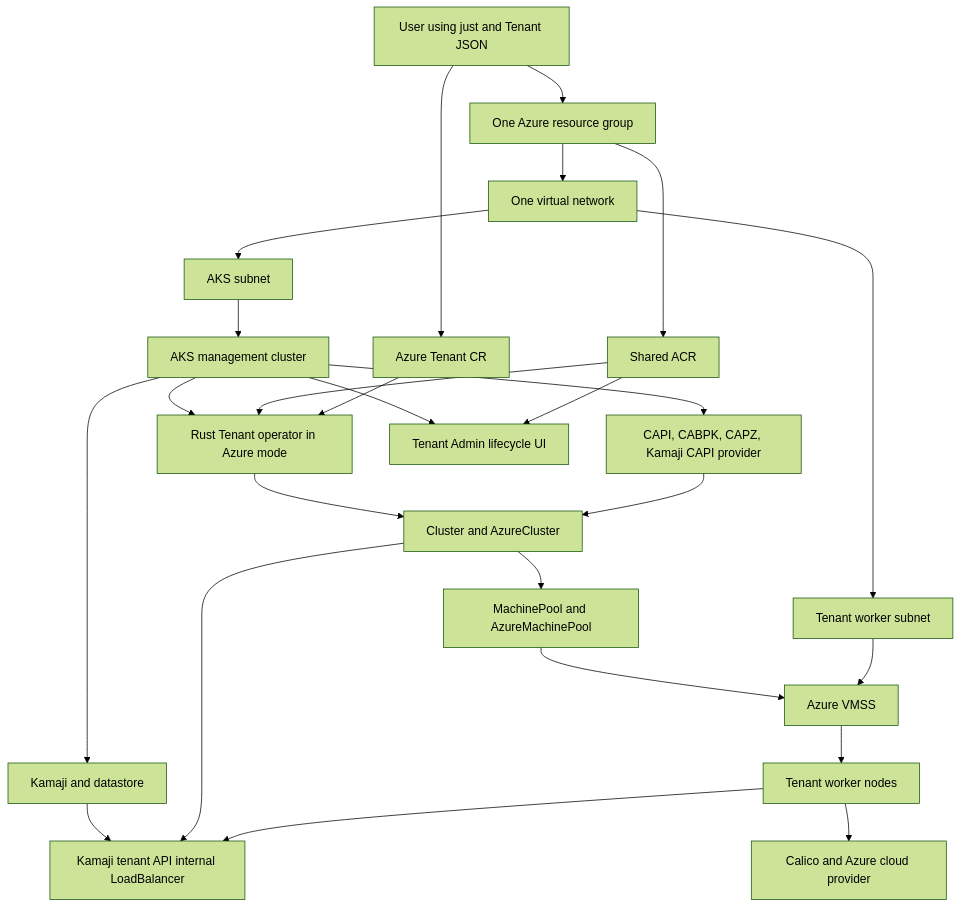
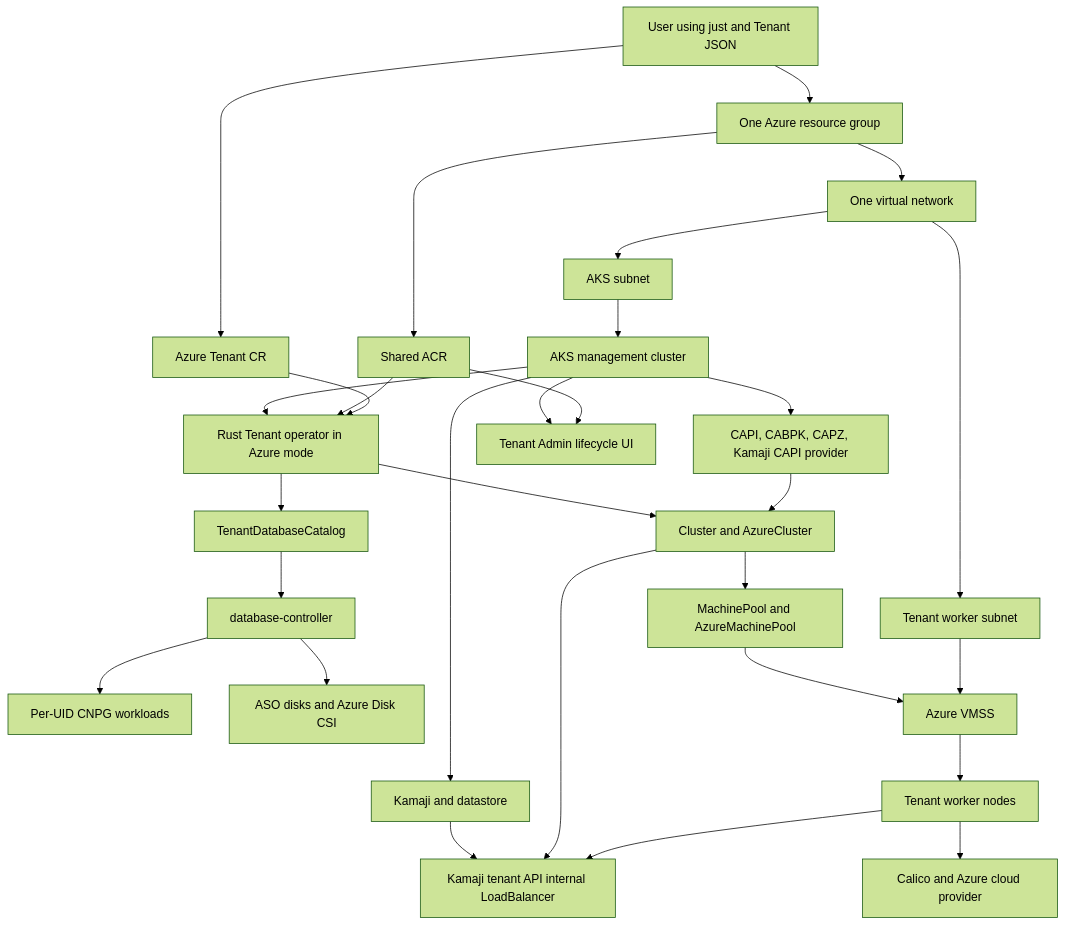
One commit to youyuanwu/cnpg-vcluster changed the diagram in capi/docs/azure-experiment-design.md. Above: the diagram before and after it, drawn with Mermaid (forest theme). The commit also changed other lines of this file and 157 other files, not shown here.

First line of the commit message:
[Multi-Cluster PostgreSQL] Add independently managed Tenant database catalogs (#34)

````diff
--- a/capi/docs/azure-experiment-design.md
+++ b/capi/docs/azure-experiment-design.md
@@ -83,46 +94,52 @@
 ```mermaid
 flowchart TB
   User[User using just and Tenant JSON]
   AzureRG[One Azure resource group]
   VNet[One virtual network]
   AKSSubnet[AKS subnet]
   TenantSubnet[Tenant worker subnet]
   AKS[AKS management cluster]
   ACR[Shared ACR]
   Controllers[CAPI, CABPK, CAPZ, Kamaji CAPI provider]
   TenantOperator[Rust Tenant operator in Azure mode]
   Admin[Tenant Admin lifecycle UI]
   TenantCR[Azure Tenant CR]
+  Catalog[TenantDatabaseCatalog]
+  DatabaseController[database-controller]
+  CNPG[Per-UID CNPG workloads]
+  Disks[ASO disks and Azure Disk CSI]
   Kamaji[Kamaji and datastore]
   TenantAPI[Kamaji tenant API internal LoadBalancer]
   Cluster[Cluster and AzureCluster]
   Pool[MachinePool and AzureMachinePool]
   VMSS[Azure VMSS]
   Workers[Tenant worker nodes]
   Addons[Calico and Azure cloud provider]
 
   User --> TenantCR
   User --> AzureRG
   AzureRG --> VNet
   AzureRG --> ACR
   VNet --> AKSSubnet
   VNet --> TenantSubnet
   AKSSubnet --> AKS
   AKS --> Controllers
   AKS --> TenantOperator
   AKS --> Admin
   ACR --> TenantOperator
   ACR --> Admin
   TenantCR --> TenantOperator
+  TenantOperator --> Catalog --> DatabaseController --> CNPG
+  DatabaseController --> Disks
   TenantOperator --> Cluster
   AKS --> Kamaji
   Kamaji --> TenantAPI
   Controllers --> Cluster
   Cluster --> TenantAPI
   Cluster --> Pool
   Pool --> VMSS
   TenantSubnet --> VMSS
   VMSS --> Workers
   Workers --> TenantAPI
   Workers --> Addons
 ```
````
